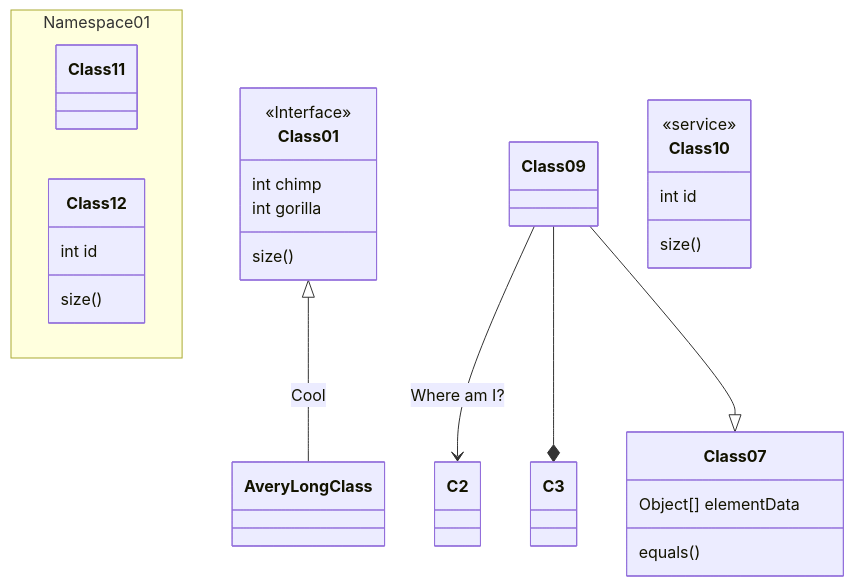
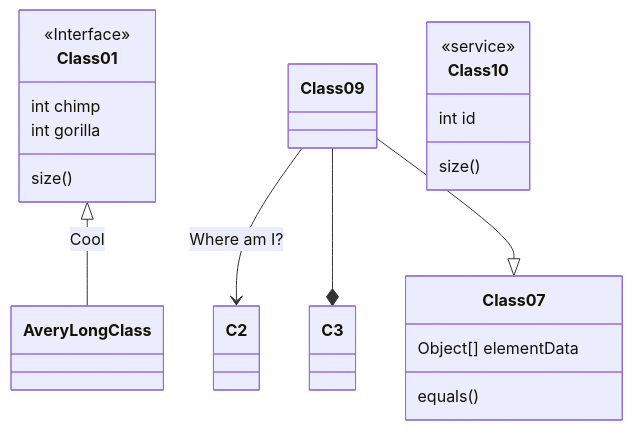
One commit to mermaid-js/mermaid changed the fourth of 9 diagrams in README.md. Above: the diagram before and after it, drawn with Mermaid. The commit also changed other lines of this file, not shown here.

Commit message:
Update README.md
Quick fix to remove namespace from readme class definition since github has not been update to the version that uses namespaces

````diff
--- a/README.md
+++ b/README.md
@@ -177,25 +171,19 @@
 ```mermaid
 classDiagram
 Class01 <|-- AveryLongClass : Cool
 <<Interface>> Class01
 Class09 --> C2 : Where am I?
 Class09 --* C3
 Class09 --|> Class07
 Class07 : equals()
 Class07 : Object[] elementData
 Class01 : size()
 Class01 : int chimp
 Class01 : int gorilla
 class Class10 {
   <<service>>
   int id
   size()
 }
-namespace Namespace01 {
-  class Class11
-  class Class12 {
-    int id
-    size()
-  }
-}
+
 ```
````
